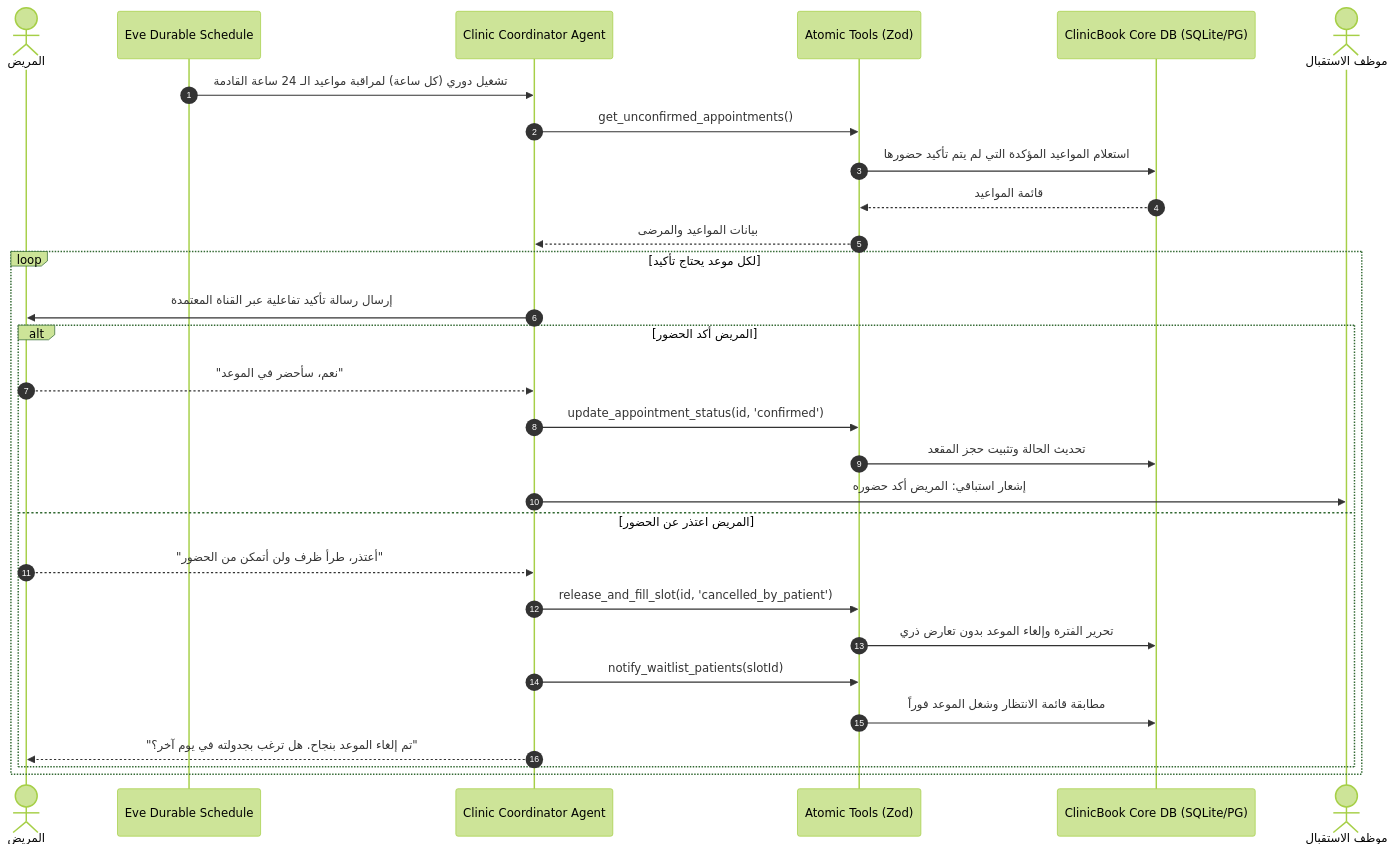
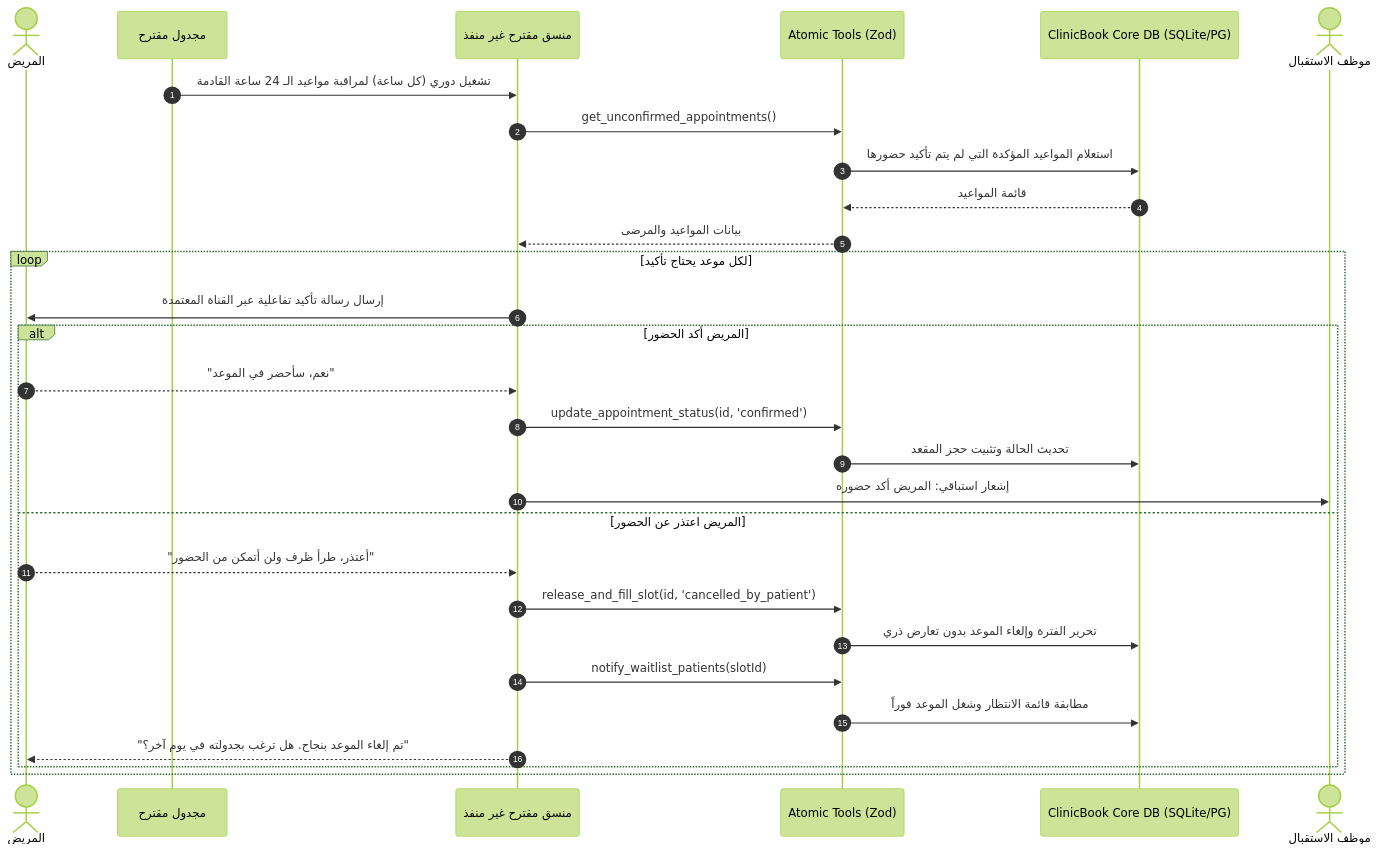
The diagram in docs/AI_AGENT_EVE_BLUEPRINT.md (amrolela100-sketch/clinicbook), drawn with Mermaid (forest theme) before and after one commit. The commit also changed other lines of this file and 12 other files, not shown here.

````diff
--- a/docs/AI_AGENT_EVE_BLUEPRINT.md
+++ b/docs/AI_AGENT_EVE_BLUEPRINT.md
@@ -58,33 +62,33 @@
 ```mermaid
 sequenceDiagram
     autonumber
     actor Patient as المريض
-    participant Schedule as Eve Durable Schedule
-    participant Agent as Clinic Coordinator Agent
+    participant Schedule as مجدول مقترح
+    participant Agent as منسق مقترح غير منفذ
     participant Tools as Atomic Tools (Zod)
     participant DB as ClinicBook Core DB (SQLite/PG)
     actor Reception as موظف الاستقبال
 
     Schedule->>Agent: تشغيل دوري (كل ساعة) لمراقبة مواعيد الـ 24 ساعة القادمة
     Agent->>Tools: get_unconfirmed_appointments()
     Tools->>DB: استعلام المواعيد المؤكدة التي لم يتم تأكيد حضورها
     DB-->>Tools: قائمة المواعيد
     Tools-->>Agent: بيانات المواعيد والمرضى
 
     loop لكل موعد يحتاج تأكيد
         Agent->>Patient: إرسال رسالة تأكيد تفاعلية عبر القناة المعتمدة
         alt المريض أكد الحضور
             Patient-->>Agent: "نعم، سأحضر في الموعد"
             Agent->>Tools: update_appointment_status(id, 'confirmed')
             Tools->>DB: تحديث الحالة وتثبيت حجز المقعد
             Agent->>Reception: إشعار استباقي: المريض أكد حضوره
         else المريض اعتذر عن الحضور
             Patient-->>Agent: "أعتذر، طرأ ظرف ولن أتمكن من الحضور"
             Agent->>Tools: release_and_fill_slot(id, 'cancelled_by_patient')
             Tools->>DB: تحرير الفترة وإلغاء الموعد بدون تعارض ذري
             Agent->>Tools: notify_waitlist_patients(slotId)
             Tools->>DB: مطابقة قائمة الانتظار وشغل الموعد فوراً
             Agent-->>Patient: "تم إلغاء الموعد بنجاح. هل ترغب بجدولته في يوم آخر؟"
         end
     end
 ```
````
